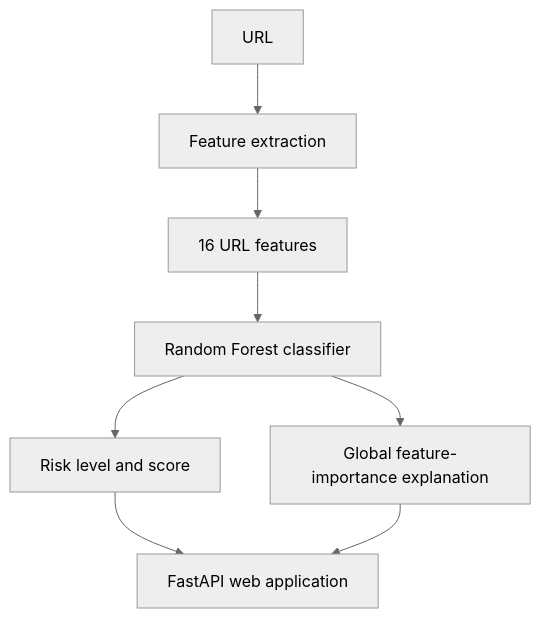
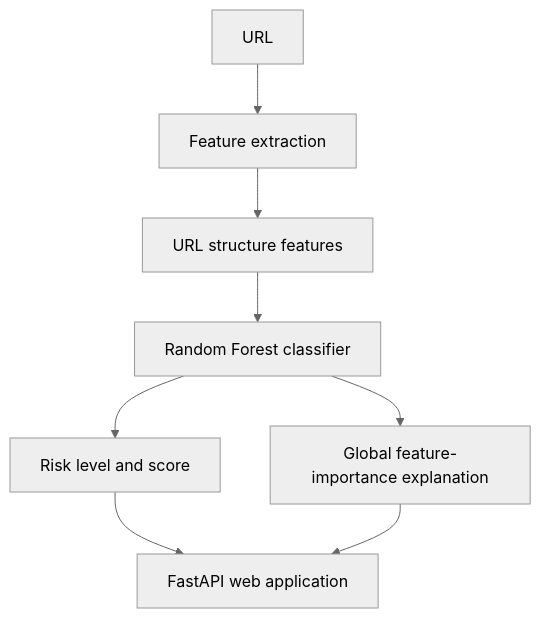
The diagram in README.md (rtl-gli/PhishGuard-AI), drawn with Mermaid (neutral theme) before and after one commit. The commit also changed other lines of this file and 21 other files, not shown here.

````diff
--- a/README.md
+++ b/README.md
@@ -63,10 +63,10 @@
 ```mermaid
 flowchart TD
     A[URL] --> B[Feature extraction]
-    B --> C[16 URL features]
+    B --> C[URL structure features]
     C --> D[Random Forest classifier]
     D --> E[Risk level and score]
     D --> F[Global feature-importance explanation]
     E --> G[FastAPI web application]
     F --> G
 ```
````
